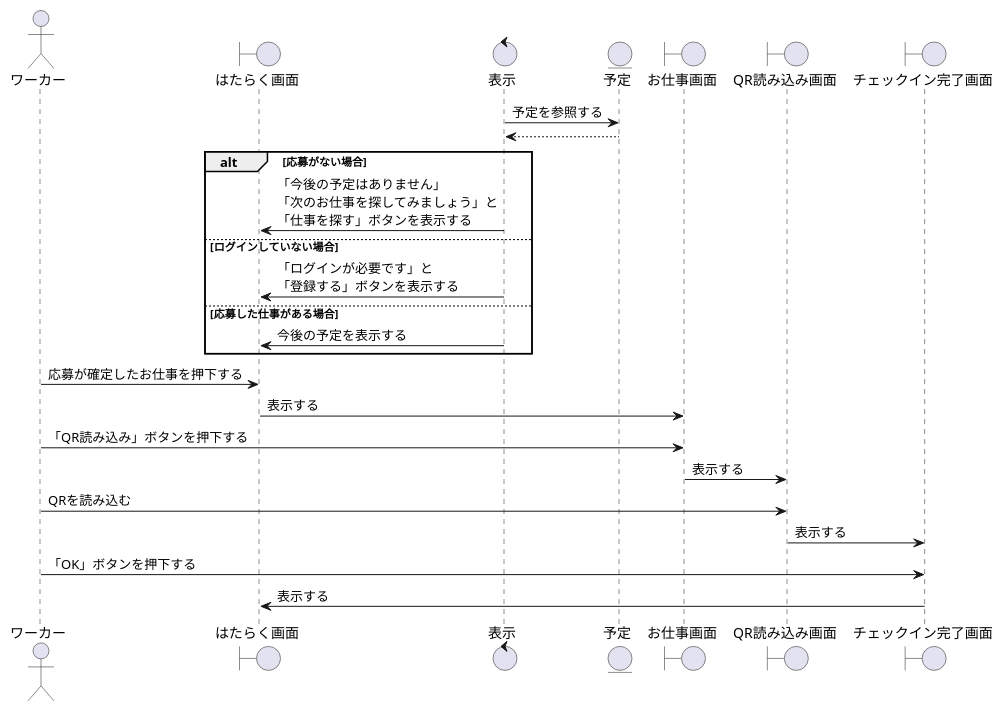
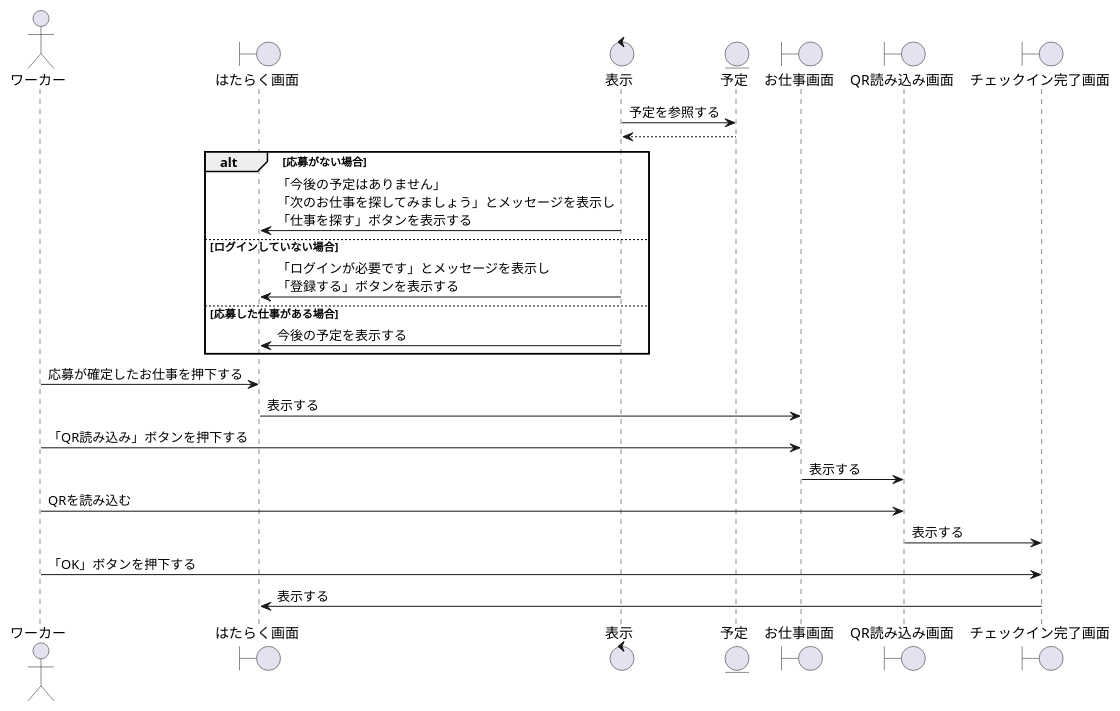
Before and after one commit to irukacb256/high_Me: the diagram in sequence_fig/4_business_fn/1_QRの読み取りをする.pu, drawn with PlantUML. The commit also changed 6 other files, not shown here.

```diff
--- a/sequence_fig/4_business_fn/1_QRの読み取りをする.pu
+++ b/sequence_fig/4_business_fn/1_QRの読み取りをする.pu
@@ -1,40 +1,40 @@
 @startuml QRの読み取りをする
 
 ' 1
 actor ワーカー as wo1
 boundary はたらく画面 as wk1
 control 表示 as co1
 entity 予定 as en1
 boundary お仕事画面 as wk2
 boundary QR読み込み画面 as ch1
 boundary チェックイン完了画面 as cc1
 
 
 co1 -> en1 : 予定を参照する
 en1 --> co1 
 
 alt 応募がない場合
-    co1 -> wk1 : 「今後の予定はありません」\n「次のお仕事を探してみましょう」と\n「仕事を探す」ボタンを表示する
+    co1 -> wk1 : 「今後の予定はありません」\n「次のお仕事を探してみましょう」とメッセージを表示し\n「仕事を探す」ボタンを表示する
 else ログインしていない場合
-    co1 -> wk1 : 「ログインが必要です」と\n「登録する」ボタンを表示する
+    co1 -> wk1 : 「ログインが必要です」とメッセージを表示し\n「登録する」ボタンを表示する
 
 else 応募した仕事がある場合
     co1 -> wk1 : 今後の予定を表示する
 end
 
 wo1 -> wk1 : 応募が確定したお仕事を押下する
 
 wk1 -> wk2 : 表示する
 
 wo1 -> wk2 : 「QR読み込み」ボタンを押下する
 
 wk2 -> ch1 : 表示する
 
 wo1 -> ch1 : QRを読み込む
 
 ch1 -> cc1 : 表示する
 
 wo1 -> cc1 : 「OK」ボタンを押下する
 
 cc1 -> wk1 : 表示する
 @enduml
```
